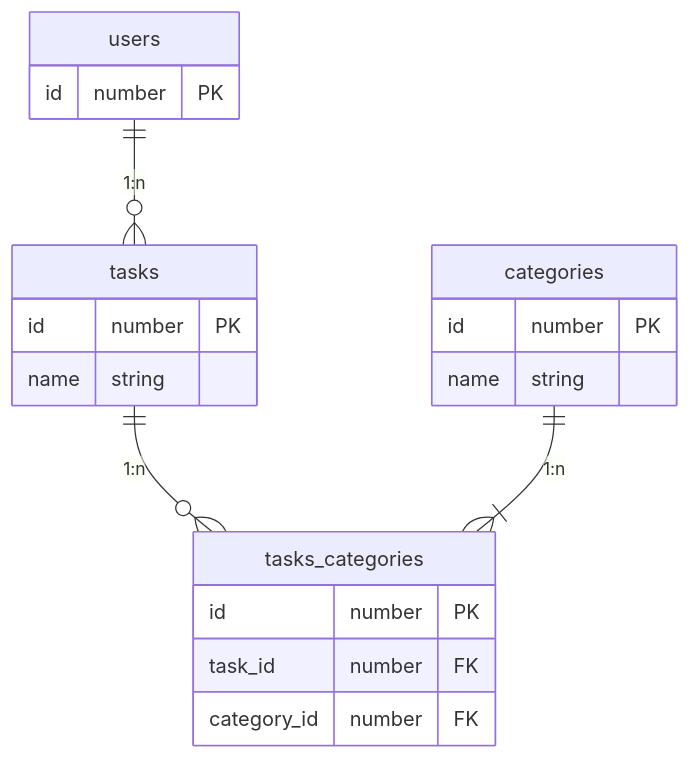
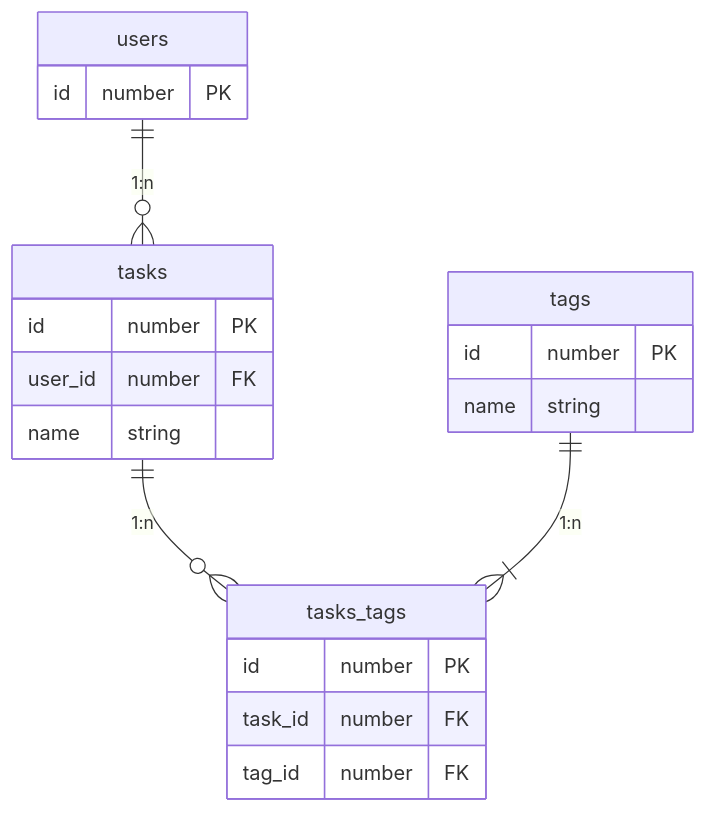
One commit to matsuokashuhei/go-todo-II changed the diagram in README.md. Above: the diagram before and after it, drawn with Mermaid. The commit also changed other lines of this file and 55 other files, not shown here.

````diff
--- a/README.md
+++ b/README.md
@@ -5,27 +5,28 @@
 ```mermaid
 erDiagram
 
 users {
   id number PK
 }
 
 tasks {
   id number PK
+  user_id number FK
   name string
 }
 
-categories {
+tags {
   id number PK
   name string
 }
 
-tasks_categories {
+tasks_tags {
   id number PK
   task_id number FK
-  category_id number FK
+  tag_id number FK
 }
 
 users ||--o{ tasks : "1:n"
-tasks ||--o{ tasks_categories : "1:n"
-categories ||--|{ tasks_categories : "1:n"
+tasks ||--o{ tasks_tags : "1:n"
+tags ||--|{ tasks_tags : "1:n"
 ```
````
